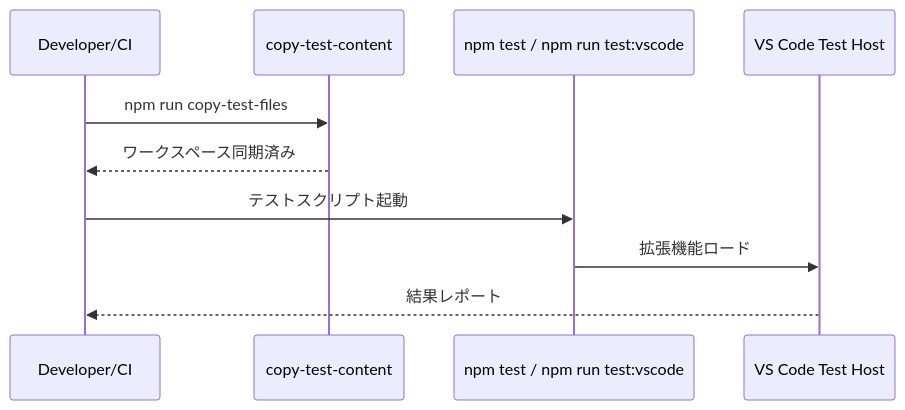
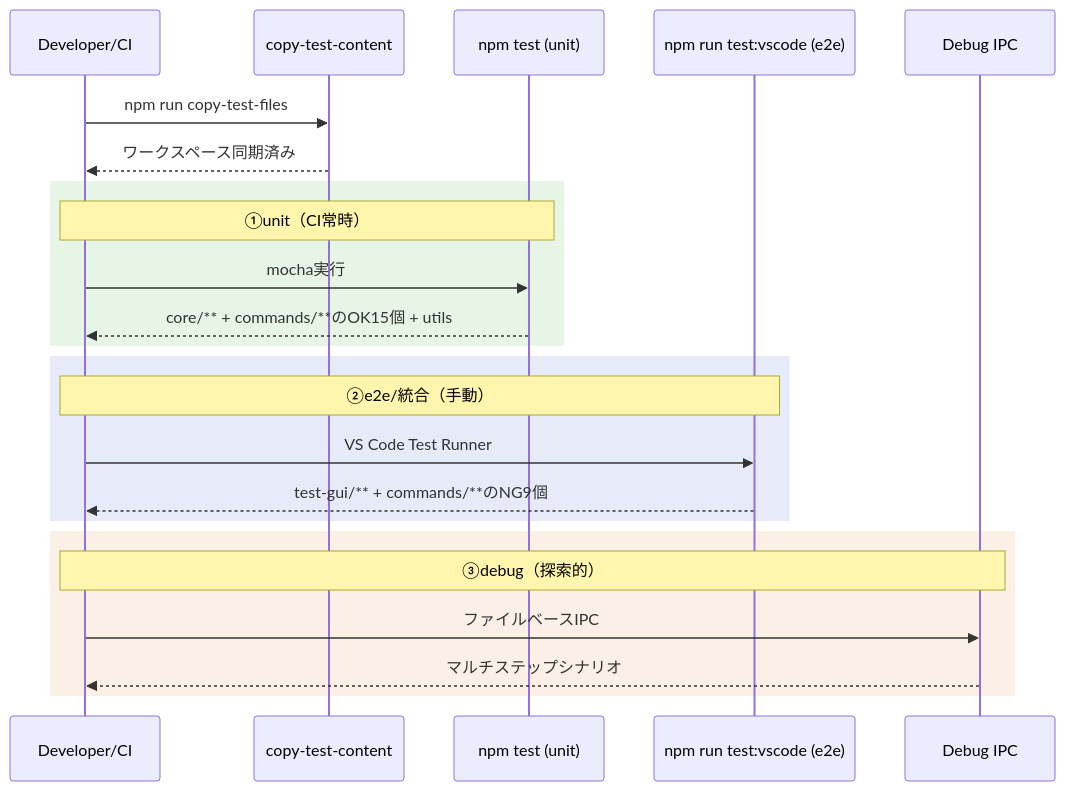
Before and after one commit to mochimochiki/mdait: the diagram in docs/design/test.md, drawn with Mermaid. The commit also changed other lines of this file and 52 other files, not shown here.

````diff
--- a/docs/design/test.md
+++ b/docs/design/test.md
@@ -47,13 +69,29 @@
 ```mermaid
 sequenceDiagram
 	participant Dev as Developer/CI
 	participant Task as copy-test-content
-	participant Test as npm test / npm run test:vscode
-	participant VS as VS Code Test Host
+	participant Unit as npm test (unit)
+	participant E2E as npm run test:vscode (e2e)
+	participant IPC as Debug IPC
 
 	Dev->>Task: npm run copy-test-files
 	Task-->>Dev: ワークスペース同期済み
-	Dev->>Test: テストスクリプト起動
-	Test->>VS: 拡張機能ロード
-	VS-->>Dev: 結果レポート
+
+	rect rgb(230,245,230)
+		Note over Dev,Unit: ①unit（CI常時）
+		Dev->>Unit: mocha実行
+		Unit-->>Dev: core/** + commands/**のOK15個 + utils
+	end
+
+	rect rgb(230,235,250)
+		Note over Dev,E2E: ②e2e/統合（手動）
+		Dev->>E2E: VS Code Test Runner
+		E2E-->>Dev: test-gui/** + commands/**のNG9個
+	end
+
+	rect rgb(250,240,230)
+		Note over Dev,IPC: ③debug（探索的）
+		Dev->>IPC: ファイルベースIPC
+		IPC-->>Dev: マルチステップシナリオ
+	end
 ```
````
